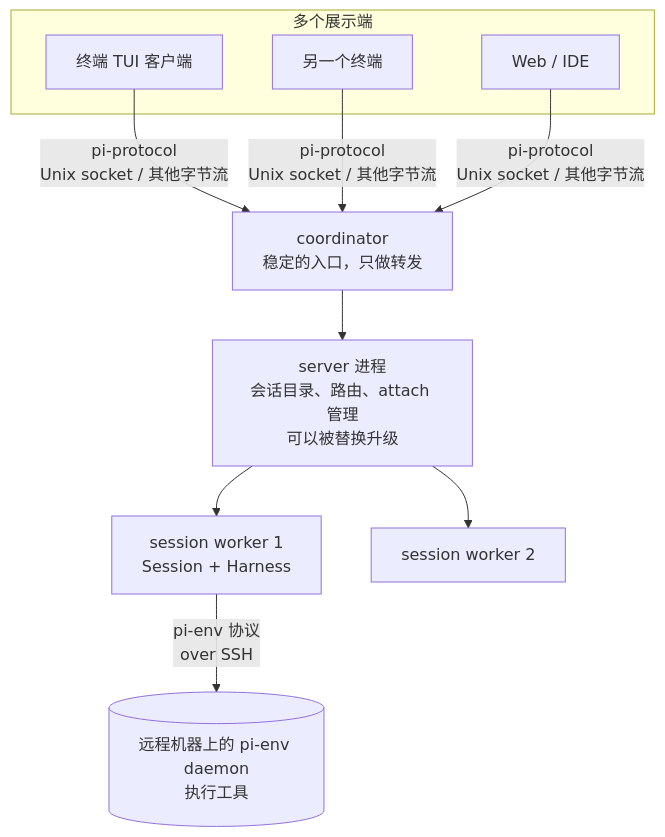
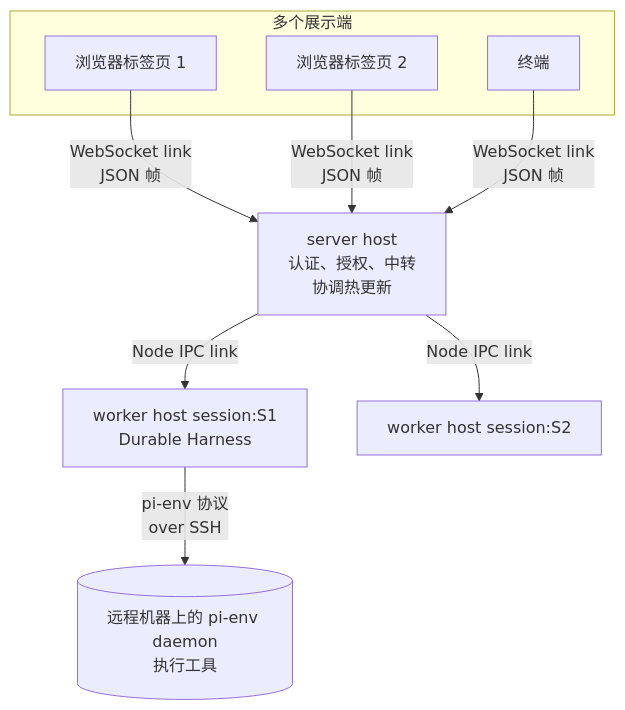
Before and after one commit to luxiang0412/harness-book: the diagram in chapters/15-client-server.md, drawn with Mermaid. The commit also changed other lines of this file and 15 other files, not shown here.

````diff
--- a/chapters/15-client-server.md
+++ b/chapters/15-client-server.md
@@ -22,13 +22,12 @@
 ```mermaid
 flowchart TD
     subgraph 客户端 [多个展示端]
-      T1[终端 TUI 客户端]
-      T2[另一个终端]
-      W[Web / IDE]
+      B1[浏览器标签页 1]
+      B2[浏览器标签页 2]
+      T[终端]
     end
-    T1 & T2 & W -->|pi-protocol<br/>Unix socket / 其他字节流| CO[coordinator<br/>稳定的入口，只做转发]
-    CO --> SV[server 进程<br/>会话目录、路由、attach 管理<br/>可以被替换升级]
-    SV --> WK1[session worker 1<br/>Session + Harness]
-    SV --> WK2[session worker 2]
+    B1 & B2 & T -->|WebSocket link<br/>JSON 帧| SV[server host<br/>认证、授权、中转<br/>协调热更新]
+    SV -->|Node IPC link| WK1[worker host session:S1<br/>Durable Harness]
+    SV -->|Node IPC link| WK2[worker host session:S2]
     WK1 -->|pi-env 协议<br/>over SSH| R[(远程机器上的 pi-env daemon<br/>执行工具)]
 ```
````
